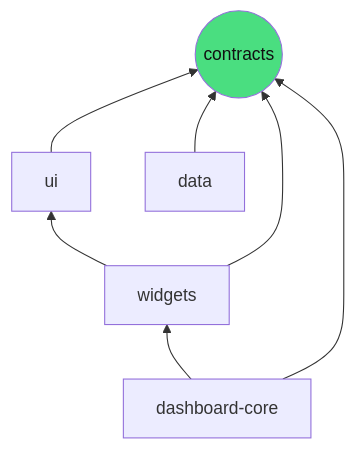
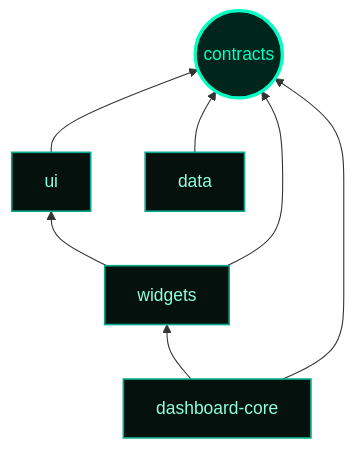
Before and after one commit to JuniorDiasOliveira/code-and-karma: the second of 2 diagrams in src/content/blog/layered-package-architecture.md, drawn with Mermaid. The commit also changed other lines of this file, not shown here.

Commit message:
marmaind colors

````diff
--- a/src/content/blog/layered-package-architecture.md
+++ b/src/content/blog/layered-package-architecture.md
@@ -63,12 +63,16 @@
 ```mermaid
 graph BT
     contracts((contracts))
     ui[ui] --> contracts
     data[data] --> contracts
     widgets[widgets] --> contracts
     widgets --> ui
     core["dashboard-core"] --> contracts
     core --> widgets
 
-    style contracts fill:#4ade80,color:#111
+    style contracts fill:#00251d,stroke:#00ffc2,stroke-width:3px,color:#00ffc2
+    style ui fill:#04110d,stroke:#0aa88a,stroke-width:1.5px,color:#8effe0
+    style data fill:#04110d,stroke:#0aa88a,stroke-width:1.5px,color:#8effe0
+    style widgets fill:#04110d,stroke:#0aa88a,stroke-width:1.5px,color:#8effe0
+    style core fill:#04110d,stroke:#0aa88a,stroke-width:1.5px,color:#8effe0
 ```
````
